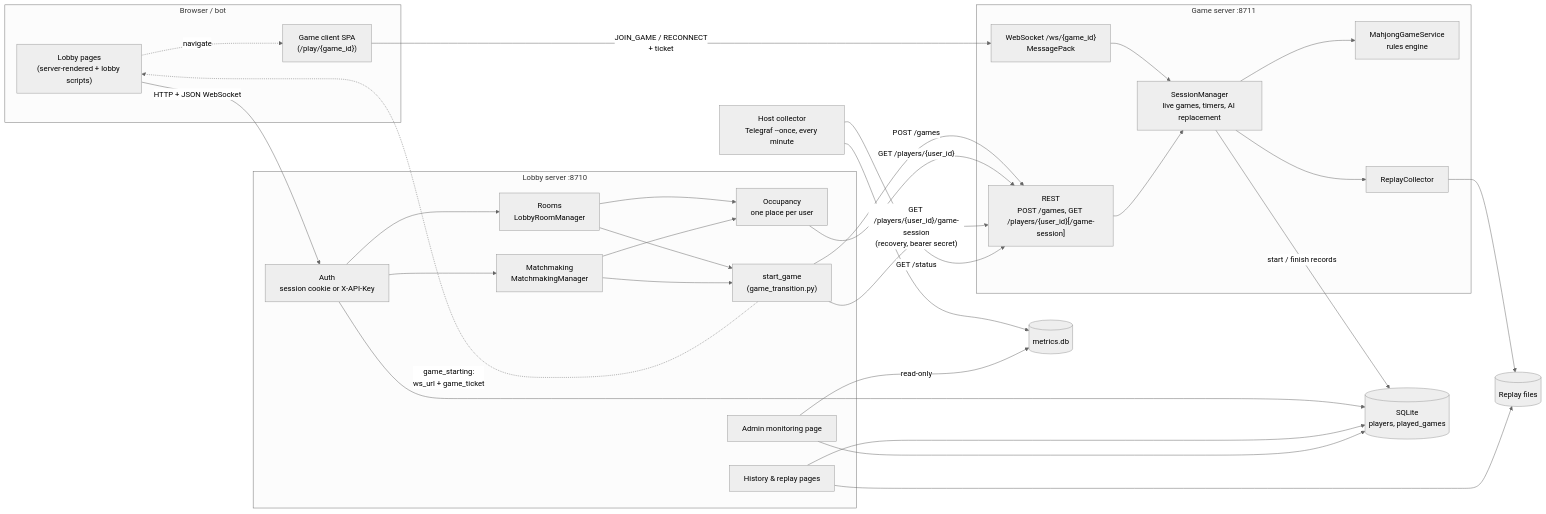
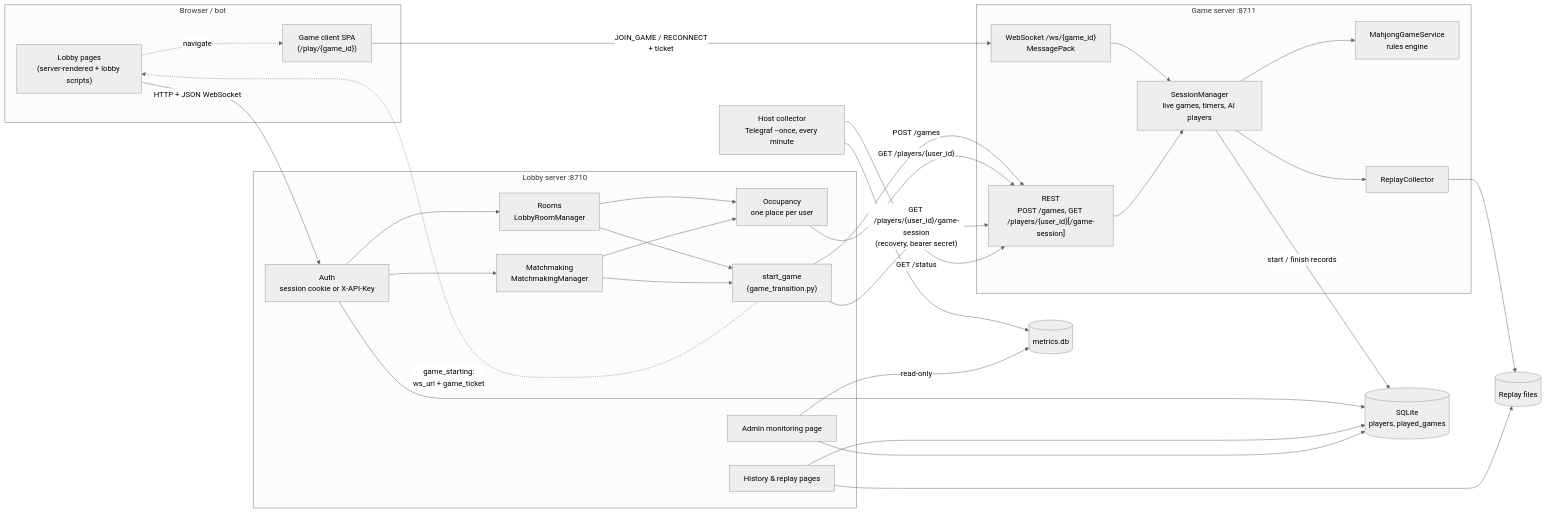
Before and after one commit to MahjongRepository/ronin: the first of 8 diagrams in docs/architecture.md, drawn with Mermaid (neutral theme). The commit also changed other lines of this file and 65 other files, not shown here.

````diff
--- a/docs/architecture.md
+++ b/docs/architecture.md
@@ -13,52 +13,52 @@
 ```mermaid
 flowchart LR
     subgraph Client["Browser / bot"]
         LobbyPages["Lobby pages<br/>(server-rendered + lobby scripts)"]
         GameClient["Game client SPA<br/>(/play/{game_id})"]
     end
 
     subgraph Lobby["Lobby server :8710"]
         Auth["Auth<br/>session cookie or X-API-Key"]
         Rooms["Rooms<br/>LobbyRoomManager"]
         MM["Matchmaking<br/>MatchmakingManager"]
         Occ["Occupancy<br/>one place per user"]
         Start["start_game<br/>(game_transition.py)"]
         History["History & replay pages"]
         Monitoring["Admin monitoring page"]
     end
 
     subgraph Game["Game server :8711"]
         REST["REST<br/>POST /games, GET /players/{user_id}[/game-session]"]
         WS["WebSocket /ws/{game_id}<br/>MessagePack"]
-        SM["SessionManager<br/>live games, timers, AI replacement"]
+        SM["SessionManager<br/>live games, timers, AI players"]
         Engine["MahjongGameService<br/>rules engine"]
         Replay["ReplayCollector"]
     end
 
     DB[("SQLite<br/>players, played_games")]
     Files[("Replay files")]
     Collector["Host collector<br/>Telegraf --once, every minute"]
     Metrics[("metrics.db")]
 
     LobbyPages -- "HTTP + JSON WebSocket" --> Auth
     Auth --> Rooms & MM
     Rooms & MM --> Occ
     Rooms & MM --> Start
     Start -- "POST /games" --> REST
     Occ -- "GET /players/{user_id}" --> REST
     Start -- "GET /players/{user_id}/game-session<br/>(recovery, bearer secret)" --> REST
     Start -. "game_starting:<br/>ws_url + game_ticket" .-> LobbyPages
     LobbyPages -. "navigate" .-> GameClient
     GameClient -- "JOIN_GAME / RECONNECT<br/>+ ticket" --> WS
     WS --> SM --> Engine
     SM --> Replay --> Files
     REST --> SM
     Auth --> DB
     History --> DB
     History --> Files
     SM -- "start / finish records" --> DB
     Collector -- "GET /status" --> REST
     Collector --> Metrics
     Monitoring -- "read-only" --> Metrics
     Monitoring --> DB
 ```
````
